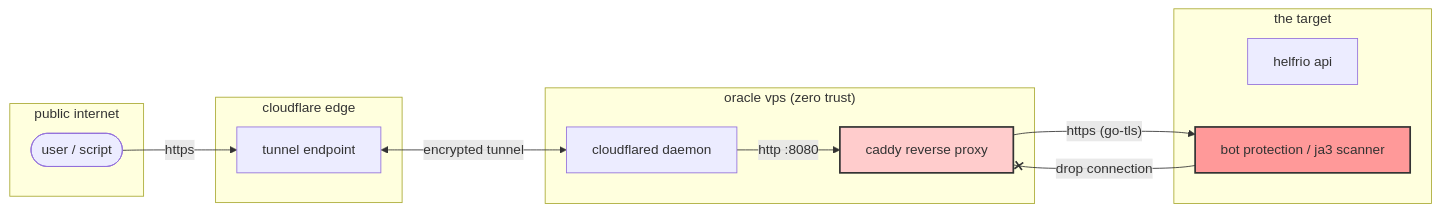
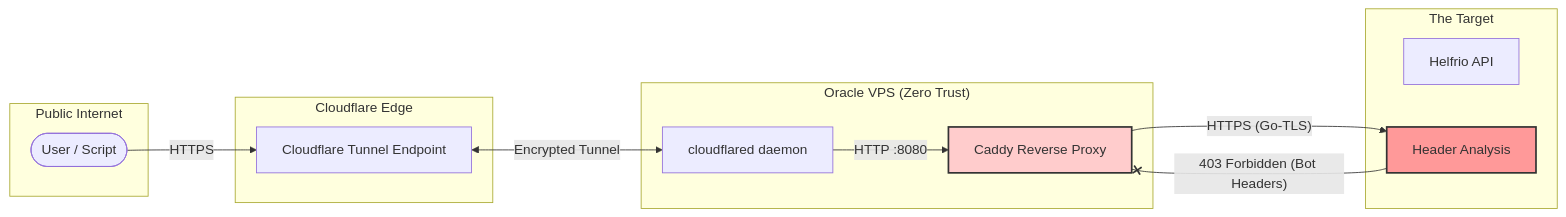
One commit to Microck/ja3-bypass-gateway changed the third of 6 diagrams in README.md. Above: the diagram before and after it, drawn with Mermaid. The commit also changed other lines of this file, not shown here.

````diff
--- a/README.md
+++ b/README.md
@@ -58,29 +99,29 @@
 ```mermaid
 graph LR
-    subgraph "public internet"
-        Client([user / script])
+    subgraph "Public Internet"
+        Client([User / Script])
     end
 
-    subgraph "cloudflare edge"
-        CF_Ingress[tunnel endpoint]
+    subgraph "Cloudflare Edge"
+        CF_Ingress[Cloudflare Tunnel Endpoint]
     end
 
-    subgraph "oracle vps (zero trust)"
+    subgraph "Oracle VPS (Zero Trust)"
         Cloudflared[cloudflared daemon]
-        Caddy[caddy reverse proxy]
+        Caddy[Caddy Reverse Proxy]
     end
 
-    subgraph "the target"
-        Upstream[helfrio api]
-        WAF[bot protection / ja3 scanner]
+    subgraph "The Target"
+        Upstream[Helfrio API]
+        WAF[Header Analysis]
     end
 
-    Client -- "https" --> CF_Ingress
-    CF_Ingress <-->|encrypted tunnel| Cloudflared
-    Cloudflared -- "http :8080" --> Caddy
-    Caddy -- "https (go-tls)" --> WAF
-    WAF -- "drop connection" --x Caddy
+    Client -- "HTTPS" --> CF_Ingress
+    CF_Ingress <-->|Encrypted Tunnel| Cloudflared
+    Cloudflared -- "HTTP :8080" --> Caddy
+    Caddy -- "HTTPS (Go-TLS)" --> WAF
+    WAF -- "403 Forbidden (Bot Headers)" --x Caddy
     
     style WAF fill:#ff9999,stroke:#333,stroke-width:2px
     style Caddy fill:#ffcccc,stroke:#333,stroke-width:2px
 ```
````
